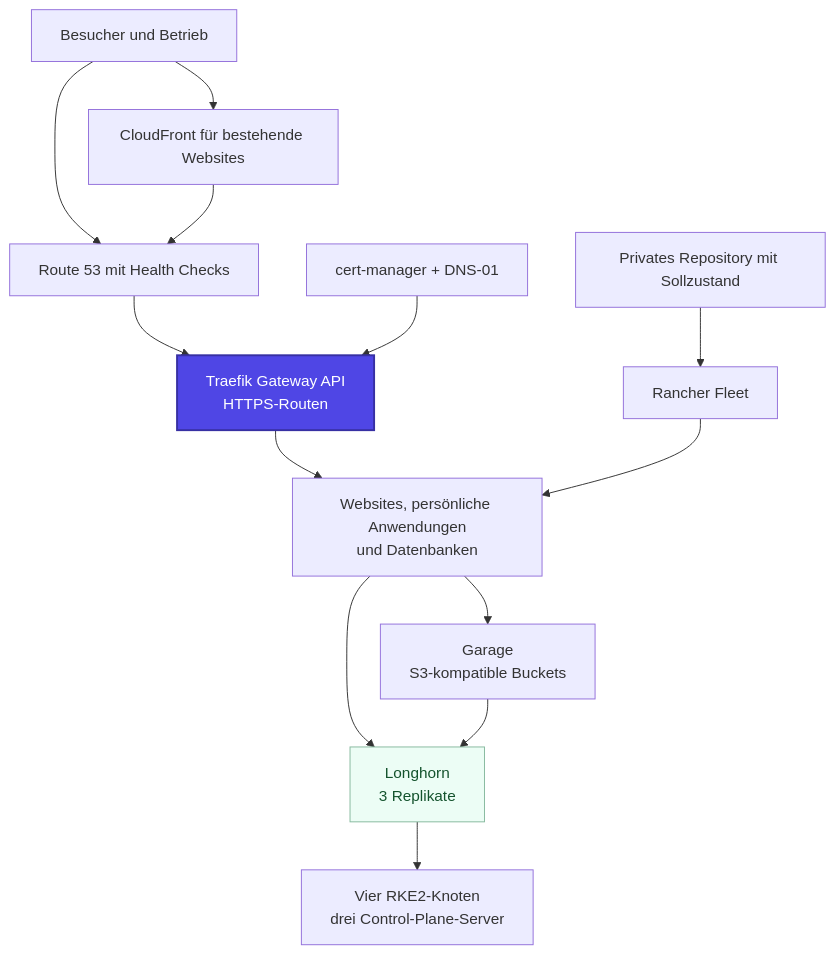
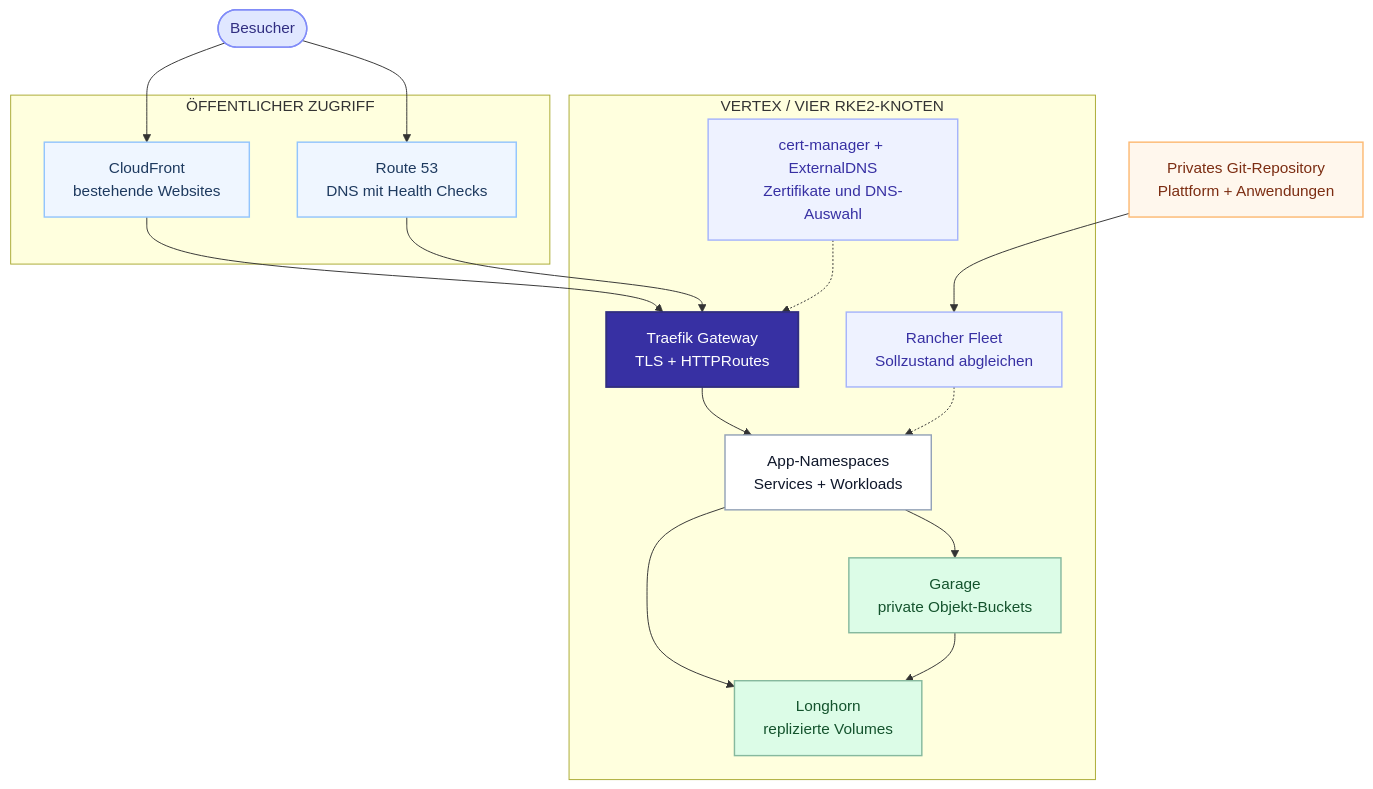
One commit to Paul1404/astro-portfolio changed the diagram in docs/diagrams/vertex/de-architecture.mmd. Above: the diagram before and after it, drawn with Mermaid. The commit also changed 20 other files, not shown here.

Commit message:
Illustrate Vertex operations with diagrams and real views (#163)

```diff
--- a/docs/diagrams/vertex/de-architecture.mmd
+++ b/docs/diagrams/vertex/de-architecture.mmd
@@ -1,16 +1,31 @@
 flowchart TB
-  accTitle: Architektur der Vertex-Plattform
-  accDescr: Bestehende Websites nutzen CloudFront, Anwendungen können das öffentliche Gateway direkt verwenden. Route 53 verteilt Anfragen an Ingress-Knoten. Traefik leitet an Anwendungen weiter, Fleet gleicht das private Git-Repository ab, Garage stellt Objektspeicher bereit und Longhorn repliziert Volumes im Cluster.
-  Users["Besucher und Betrieb"] --> Edge["CloudFront für bestehende Websites"]
-  Users --> DNS["Route 53 mit Health Checks"]
-  Edge --> DNS
-  DNS --> Gateway["Traefik Gateway API<br/>HTTPS-Routen"]:::focus
-  Gateway --> Apps["Websites, persönliche Anwendungen<br/>und Datenbanken"]
-  Git["Privates Repository mit Sollzustand"] --> Fleet["Rancher Fleet"] --> Apps
-  Cert["cert-manager + DNS-01"] --> Gateway
-  Apps --> Storage["Longhorn<br/>3 Replikate"]:::good
-  Apps --> Garage["Garage<br/>S3-kompatible Buckets"]
-  Garage --> Storage
-  Storage --> Nodes["Vier RKE2-Knoten<br/>drei Control-Plane-Server"]
-  classDef focus fill:#4f46e5,color:#ffffff,stroke:#3730a3,stroke-width:2px
-  classDef good fill:#ecfdf5,color:#14532d,stroke:#86b99e
+  accTitle: Datenverkehr und Plattformarchitektur von Vertex
+  accDescr: Besucher erreichen das Traefik-Gateway direkt über Route 53 oder bei bestehenden Websites über CloudFront. HTTPRoutes leiten zu isolierten Anwendungsdiensten. Rancher Fleet gleicht den Sollzustand ab; cert-manager und ExternalDNS verwalten ausgewählte Zertifikate und DNS-Einträge. Longhorn stellt replizierten Speicher bereit, Garage S3-kompatible Buckets.
+  Visitor([Besucher]):::person
+  subgraph edge["ÖFFENTLICHER ZUGRIFF"]
+    DNS["Route 53<br/>DNS mit Health Checks"]:::cloud
+    CDN["CloudFront<br/>bestehende Websites"]:::cloud
+  end
+  subgraph cluster["VERTEX / VIER RKE2-KNOTEN"]
+    GW["Traefik Gateway<br/>TLS + HTTPRoutes"]:::gateway
+    Apps["App-Namespaces<br/>Services + Workloads"]:::workload
+    Store["Longhorn<br/>replizierte Volumes"]:::storage
+    Garage["Garage<br/>private Objekt-Buckets"]:::storage
+    Fleet["Rancher Fleet<br/>Sollzustand abgleichen"]:::control
+    Cert["cert-manager + ExternalDNS<br/>Zertifikate und DNS-Auswahl"]:::control
+  end
+  Git["Privates Git-Repository<br/>Plattform + Anwendungen"]:::source
+  Visitor --> DNS
+  Visitor --> CDN --> GW
+  DNS --> GW --> Apps
+  Git --> Fleet -.-> Apps
+  Cert -.-> GW
+  Apps --> Store
+  Apps --> Garage --> Store
+  classDef person fill:#e0e7ff,stroke:#818cf8,color:#312e81,stroke-width:1.5px
+  classDef cloud fill:#eff6ff,stroke:#93c5fd,color:#1e3a5f,stroke-width:1.5px
+  classDef gateway fill:#3730a3,stroke:#312e81,color:#ffffff,stroke-width:2px
+  classDef workload fill:#ffffff,stroke:#94a3b8,color:#0f172a,stroke-width:1.5px
+  classDef storage fill:#dcfce7,stroke:#86b99e,color:#14532d,stroke-width:1.5px
+  classDef control fill:#eef2ff,stroke:#a5b4fc,color:#3730a3,stroke-width:1.5px
+  classDef source fill:#fff7ed,stroke:#fdba74,color:#7c2d12,stroke-width:1.5px
```
